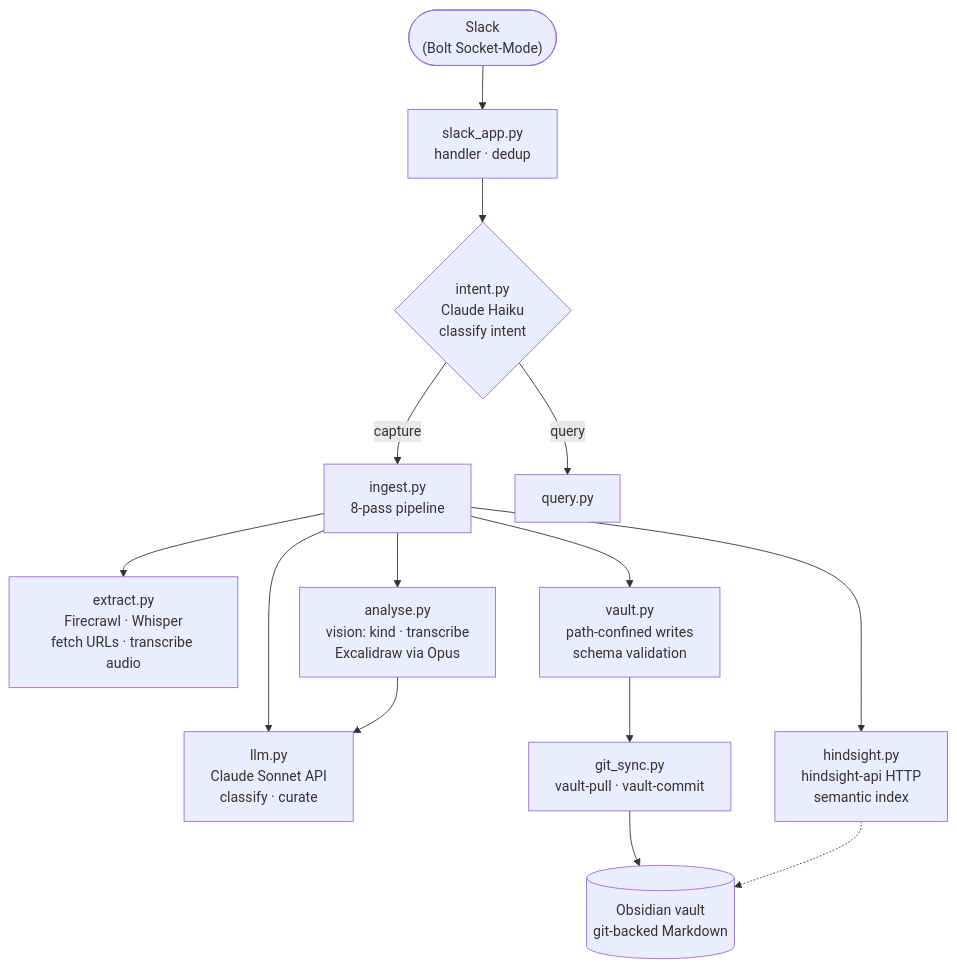
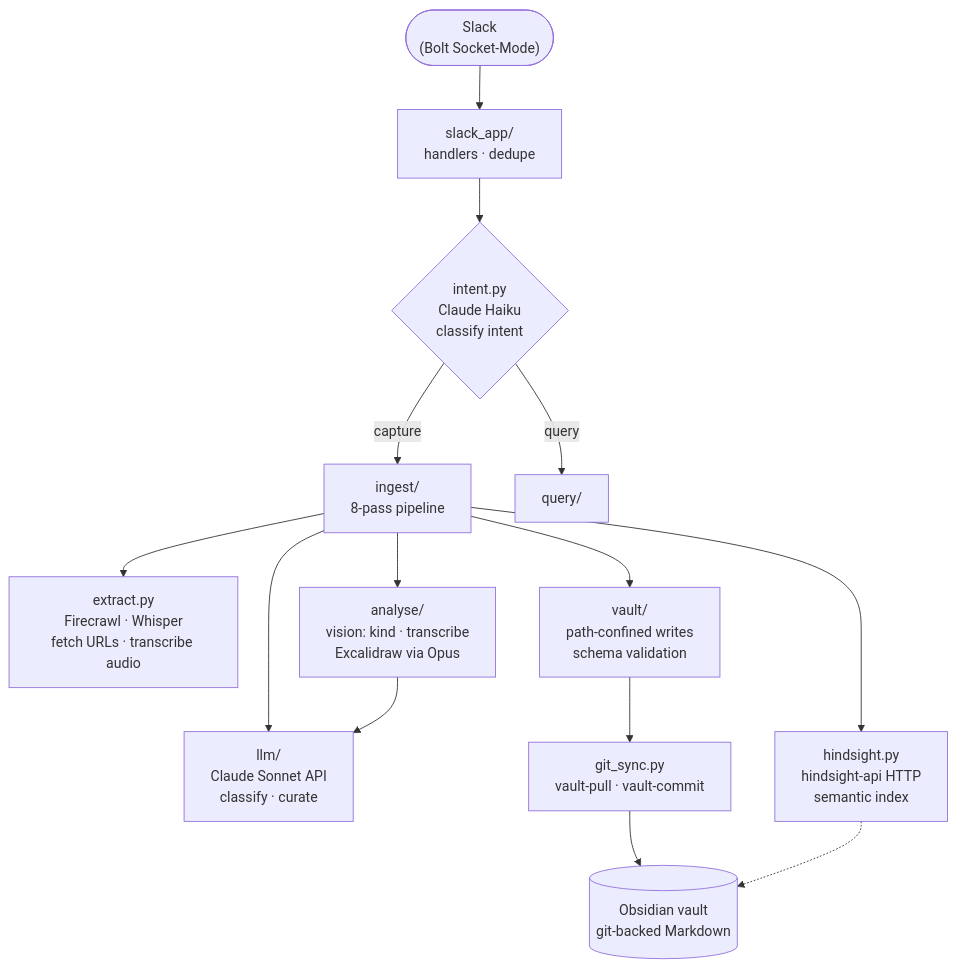
Before and after one commit to gilesknap/thoth: the first of 2 diagrams in docs/explanations/architecture.md, drawn with Mermaid. The commit also changed other lines of this file and 5 other files, not shown here.

````diff
--- a/docs/explanations/architecture.md
+++ b/docs/explanations/architecture.md
@@ -26,17 +26,17 @@
 ```{mermaid}
 flowchart TB
     slack(["Slack<br>(Bolt Socket-Mode)"])
-    slack --> sa["slack_app.py<br>handler · dedup"]
+    slack --> sa["slack_app/<br>handlers · dedupe"]
     sa --> ig{"intent.py<br>Claude Haiku<br>classify intent"}
-    ig -->|capture| ing["ingest.py<br>8-pass pipeline"]
-    ig -->|query| qry["query.py"]
+    ig -->|capture| ing["ingest/<br>8-pass pipeline"]
+    ig -->|query| qry["query/"]
     ing --> ext["extract.py<br>Firecrawl · Whisper<br>fetch URLs · transcribe audio"]
-    ing --> an["analyse.py<br>vision: kind · transcribe<br>Excalidraw via Opus"]
-    ing --> llm["llm.py<br>Claude Sonnet API<br>classify · curate"]
+    ing --> an["analyse/<br>vision: kind · transcribe<br>Excalidraw via Opus"]
+    ing --> llm["llm/<br>Claude Sonnet API<br>classify · curate"]
     an --> llm
-    ing --> va["vault.py<br>path-confined writes<br>schema validation"]
+    ing --> va["vault/<br>path-confined writes<br>schema validation"]
     ing --> hs["hindsight.py<br>hindsight-api HTTP<br>semantic index"]
     va --> gs["git_sync.py<br>vault-pull · vault-commit"]
     gs --> ov[("Obsidian vault<br>git-backed Markdown")]
     hs -.-> ov
 ```
````
